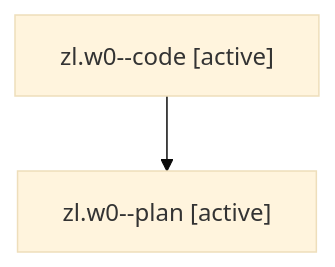
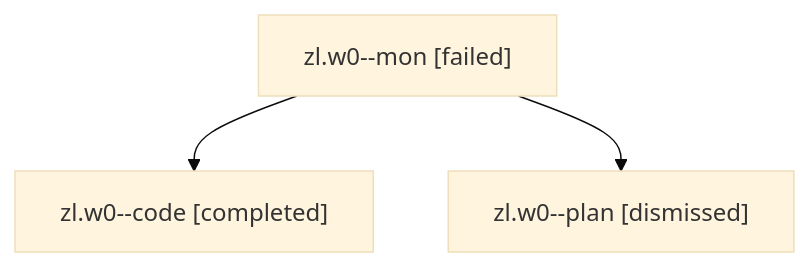
Before and after one commit to sase-org/sase--agents: the diagram in families/bbugyi200.athena.zl.w0.md, drawn with Mermaid (base theme). The commit also changed other lines of this file and 1607 other files, not shown here.

````diff
--- a/families/bbugyi200.athena.zl.w0.md
+++ b/families/bbugyi200.athena.zl.w0.md
@@ -9,6 +9,8 @@
 ```mermaid
 flowchart TD
-  n0["zl.w0--code [active]"]
-  n1["zl.w0--plan [active]"]
+  n0["zl.w0--mon [failed]"]
+  n1["zl.w0--code [completed]"]
   n0 --> n1
+  n2["zl.w0--plan [dismissed]"]
+  n0 --> n2
 ```
````
